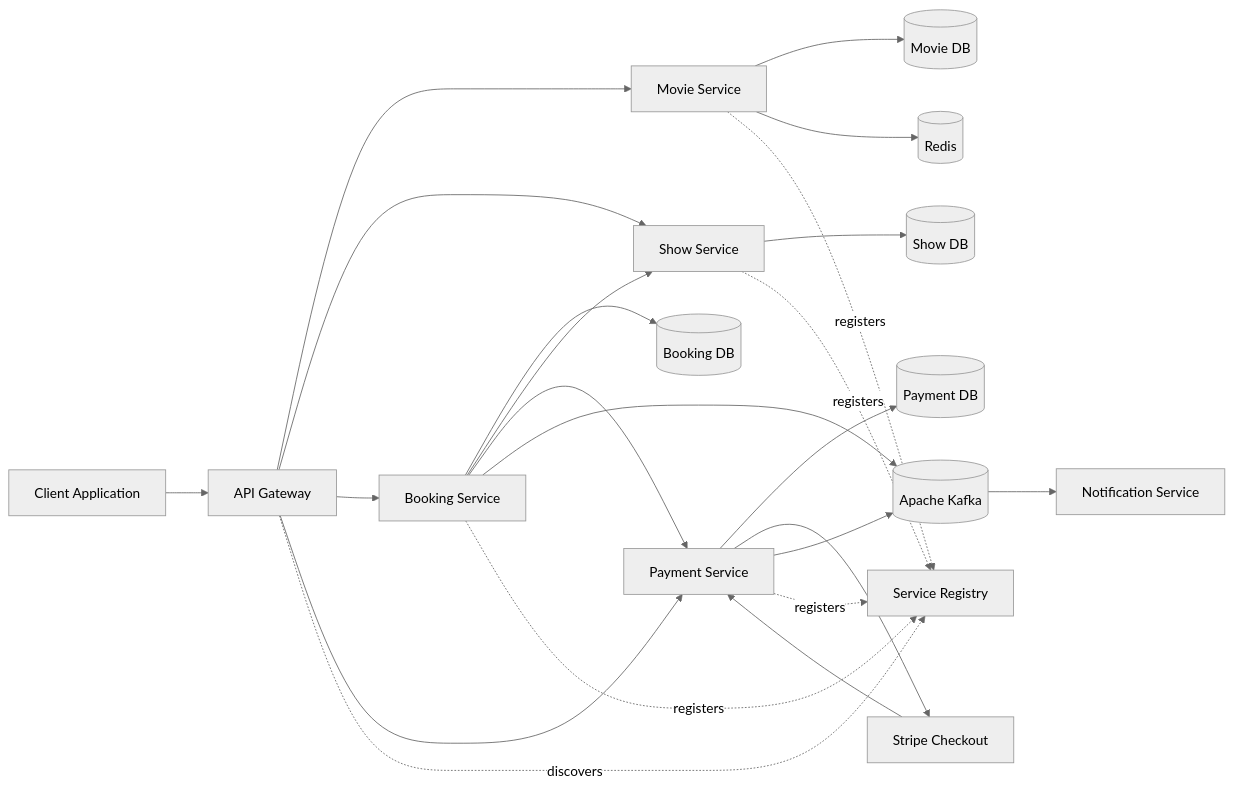
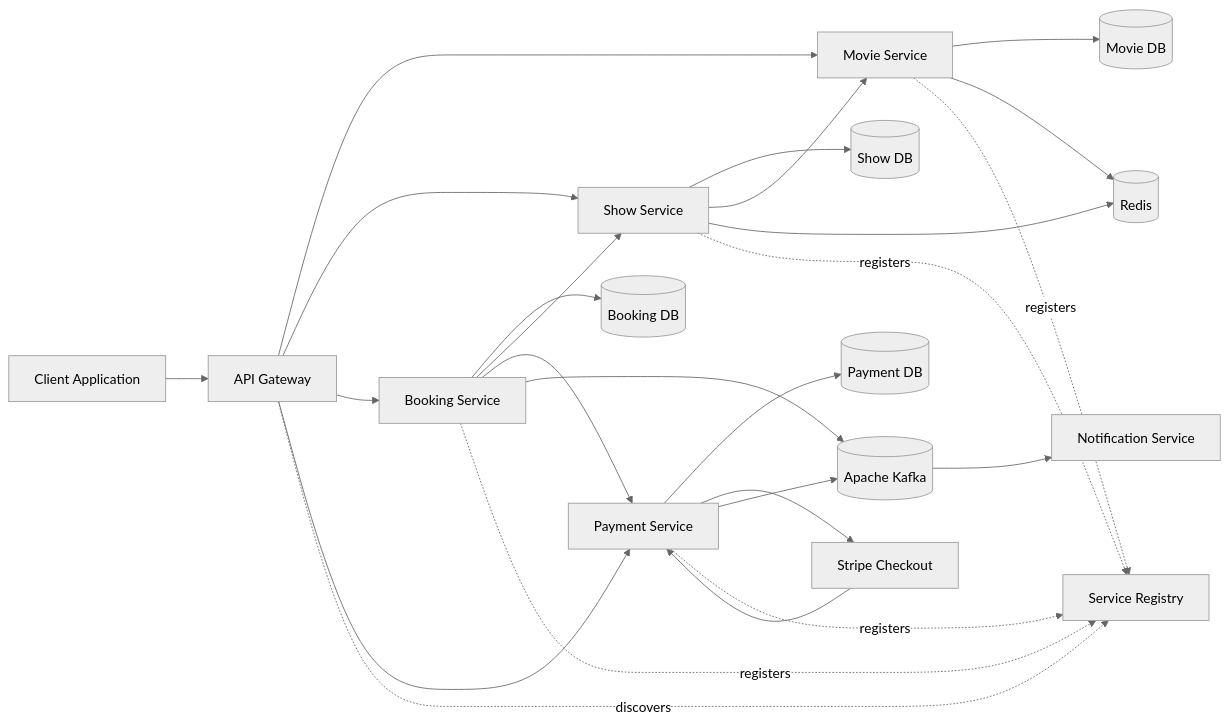
One commit to aparajits814/Microservices_ticketbooking changed the first of 2 diagrams in README.md. Above: the diagram before and after it, drawn with Mermaid (neutral theme). The commit also changed other lines of this file, not shown here.

````diff
--- a/README.md
+++ b/README.md
@@ -25,52 +25,54 @@
 ```mermaid
 flowchart LR
     Client[Client Application]
 
     Gateway[API Gateway]
     Eureka[Service Registry]
 
     Movie[Movie Service]
     Show[Show Service]
     Booking[Booking Service]
     Payment[Payment Service]
     Notification[Notification Service]
 
     Redis[(Redis)]
     MovieDB[(Movie DB)]
     ShowDB[(Show DB)]
     BookingDB[(Booking DB)]
     PaymentDB[(Payment DB)]
 
     Kafka[(Apache Kafka)]
     Stripe[Stripe Checkout]
 
     Client --> Gateway
 
     Gateway --> Movie
     Gateway --> Show
     Gateway --> Booking
     Gateway --> Payment
 
     Movie --> MovieDB
     Movie --> Redis
 
     Show --> ShowDB
+    Show --> Movie
+    Show --> Redis
     Booking --> BookingDB
     Payment --> PaymentDB
 
     Booking --> Show
     Booking --> Payment
 
     Payment --> Stripe
     Stripe --> Payment
 
     Payment --> Kafka
     Booking --> Kafka
     Kafka --> Notification
 
     Movie -.registers.-> Eureka
     Show -.registers.-> Eureka
     Booking -.registers.-> Eureka
     Payment -.registers.-> Eureka
     Gateway -.discovers.-> Eureka
 ```
````
